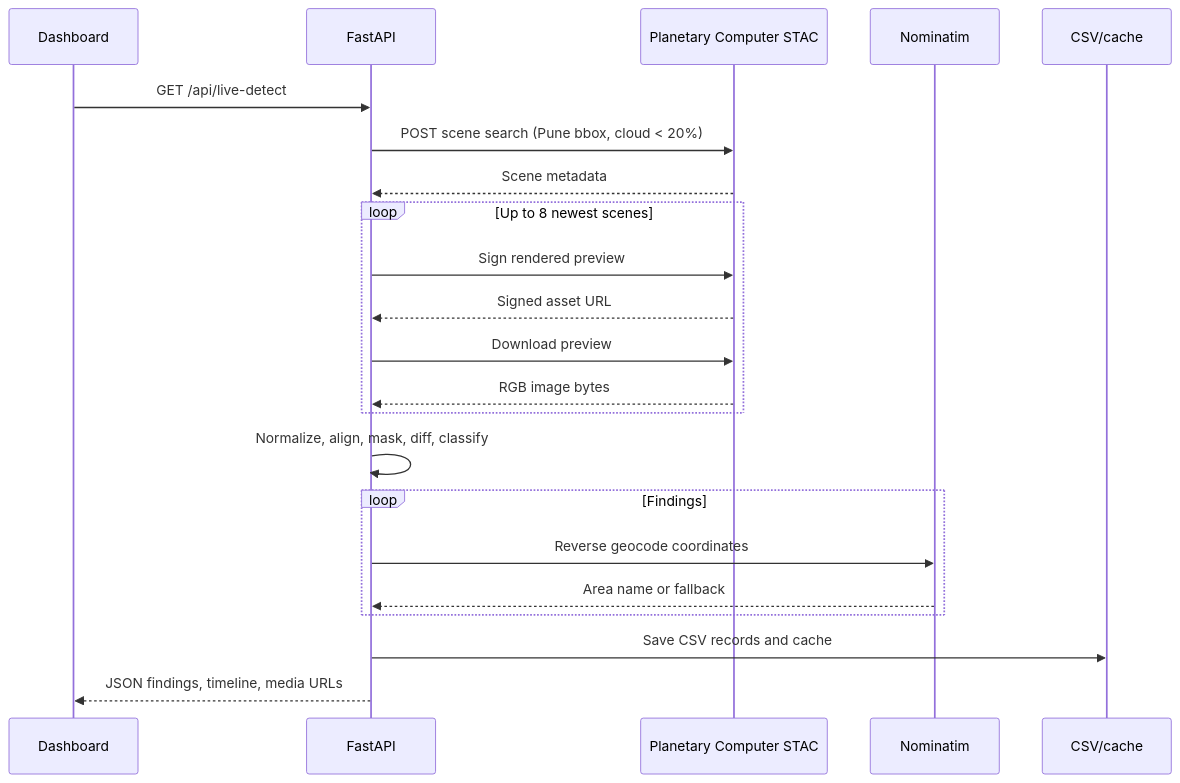
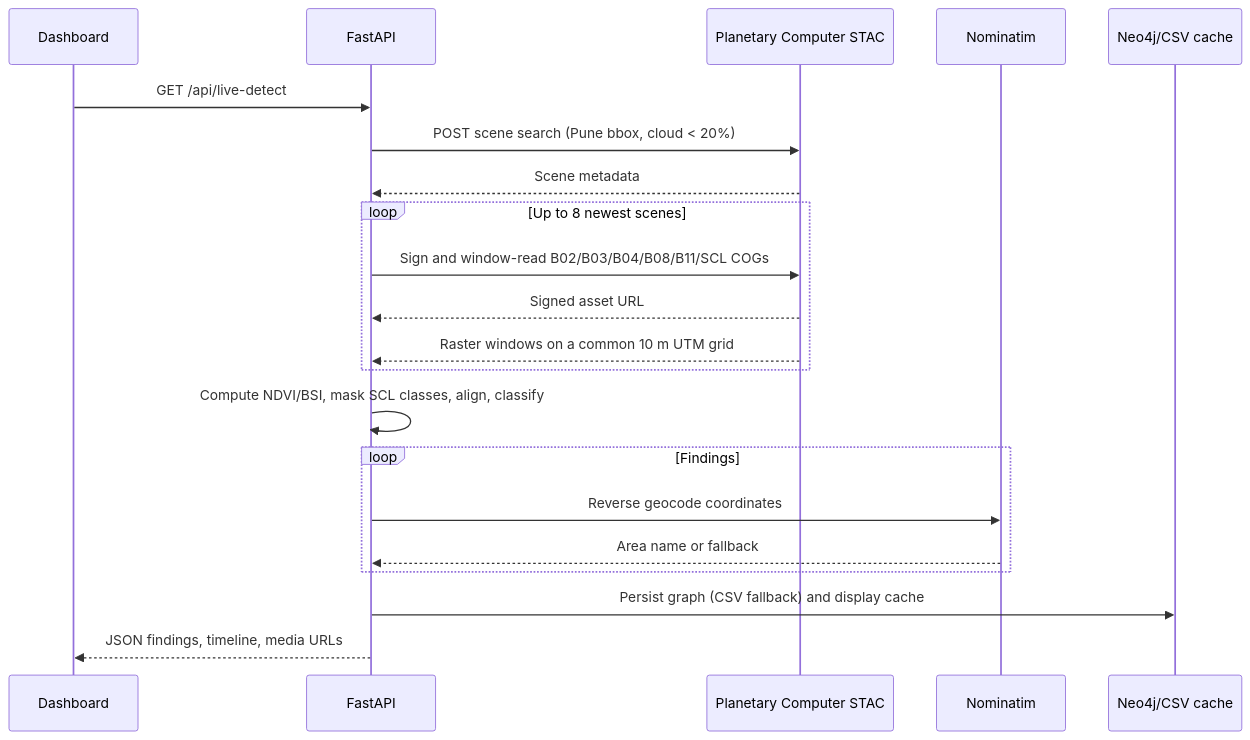
One commit to himanshugoyal2582003/GeoSentinelAI changed the first of 2 diagrams in docs/working-flow.md. Above: the diagram before and after it, drawn with Mermaid. The commit also changed other lines of this file and 16 other files, not shown here.

````diff
--- a/docs/working-flow.md
+++ b/docs/working-flow.md
@@ -14,25 +16,24 @@
 ```mermaid
 sequenceDiagram
     participant UI as Dashboard
     participant API as FastAPI
     participant STAC as Planetary Computer STAC
     participant Geo as Nominatim
-    participant Disk as CSV/cache
+    participant Store as Neo4j/CSV cache
 
     UI->>API: GET /api/live-detect
     API->>STAC: POST scene search (Pune bbox, cloud < 20%)
     STAC-->>API: Scene metadata
     loop Up to 8 newest scenes
-        API->>STAC: Sign rendered preview
+        API->>STAC: Sign and window-read B02/B03/B04/B08/B11/SCL COGs
         STAC-->>API: Signed asset URL
-        API->>STAC: Download preview
-        STAC-->>API: RGB image bytes
+        STAC-->>API: Raster windows on a common 10 m UTM grid
     end
-    API->>API: Normalize, align, mask, diff, classify
+    API->>API: Compute NDVI/BSI, mask SCL classes, align, classify
     loop Findings
         API->>Geo: Reverse geocode coordinates
         Geo-->>API: Area name or fallback
     end
-    API->>Disk: Save CSV records and cache
+    API->>Store: Persist graph (CSV fallback) and display cache
     API-->>UI: JSON findings, timeline, media URLs
 ```
````
